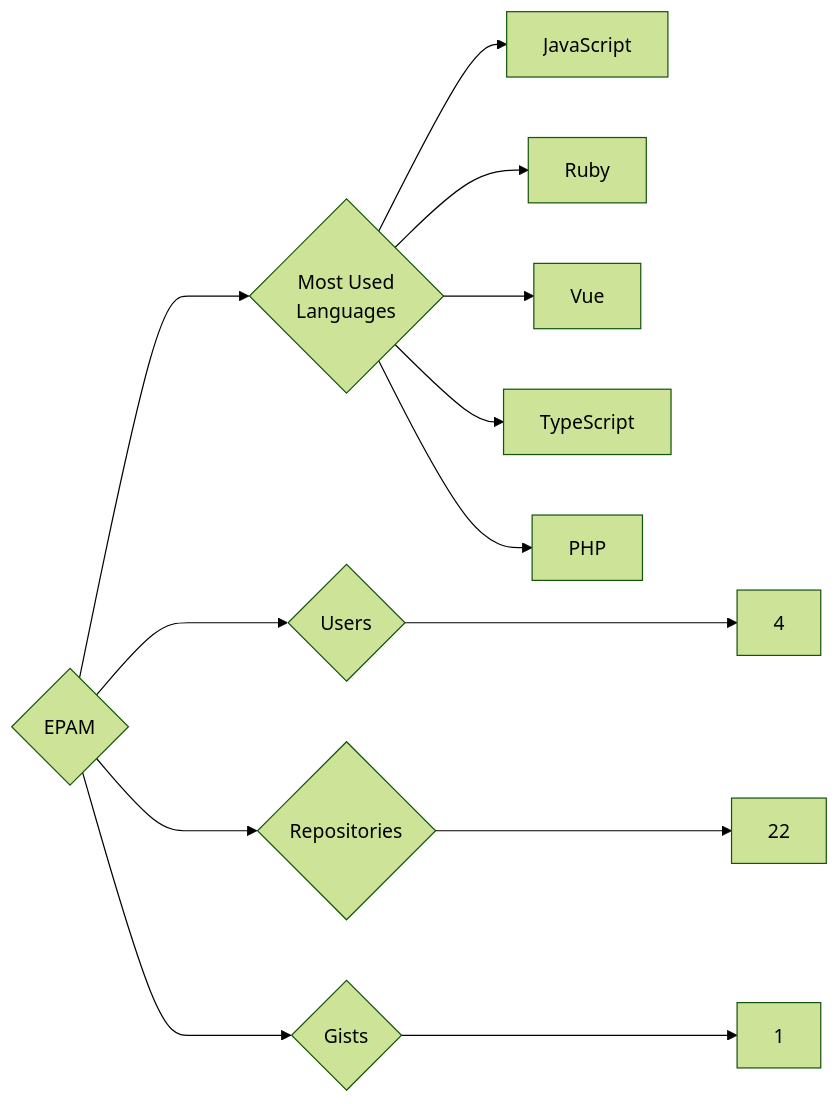
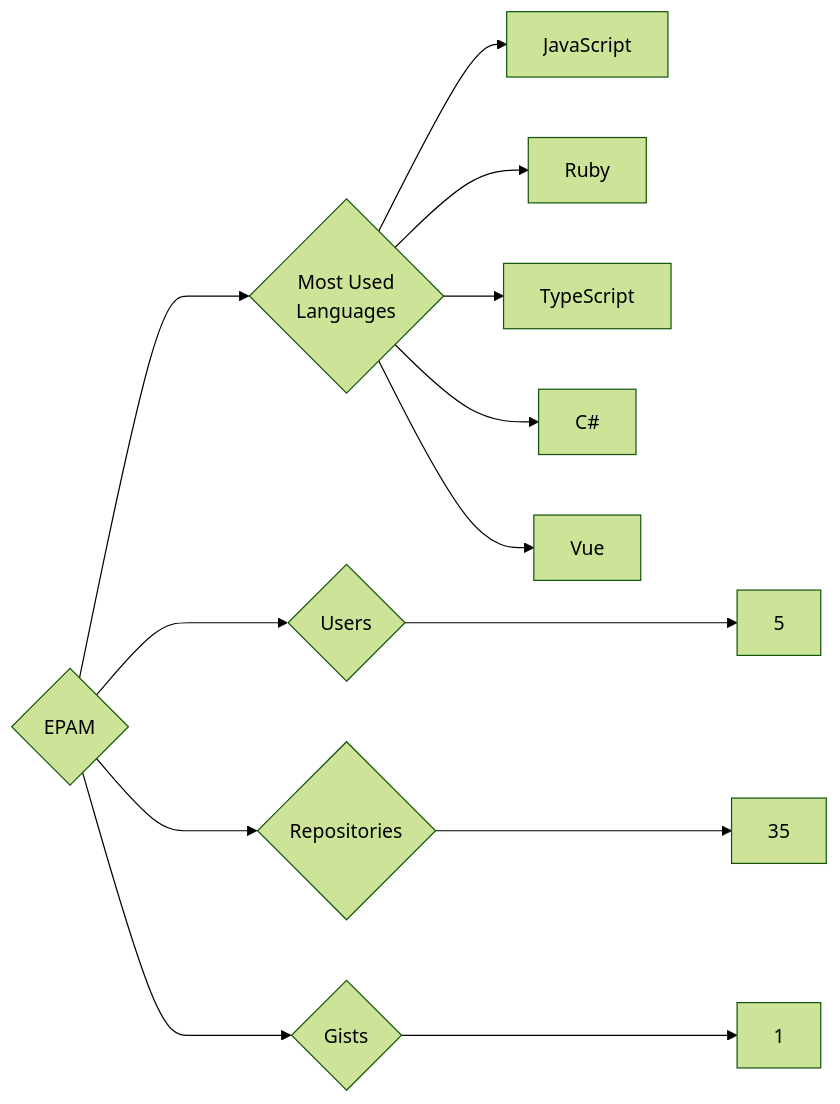
Before and after one commit to trickest/insiders: the diagram in targets/EPAM/README.md, drawn with Mermaid (forest theme). The commit also changed 942 other files, not shown here.

````diff
--- a/targets/EPAM/README.md
+++ b/targets/EPAM/README.md
@@ -3,13 +3,13 @@
 ```mermaid
 graph LR
 COMPANY_NAME{EPAM}
-COMPANY_NAME ---> U{Users} ---> UN[4]
-COMPANY_NAME ---> R{Repositories} ---> RN[22]
+COMPANY_NAME ---> U{Users} ---> UN[5]
+COMPANY_NAME ---> R{Repositories} ---> RN[35]
 COMPANY_NAME ---> G{Gists} ---> GN[1]
 COMPANY_NAME ---> ML{Most Used<br>Languages}
 ML --> JavaScript[JavaScript]
 ML --> Ruby[Ruby]
+ML --> TypeScript[TypeScript]
+ML --> C#[C#]
 ML --> Vue[Vue]
-ML --> TypeScript[TypeScript]
-ML --> PHP[PHP]
 ```
````
